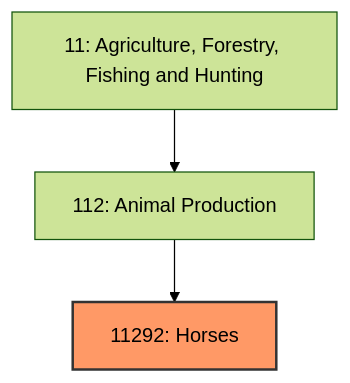
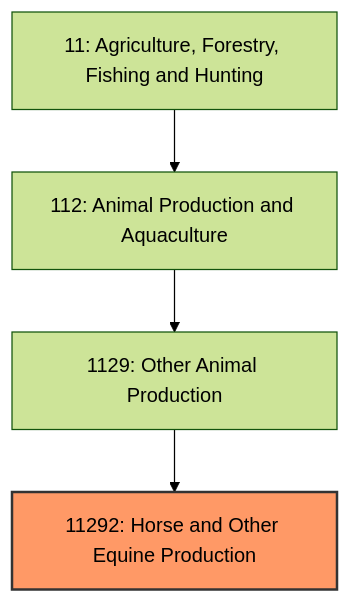
The first of 3 diagrams in industries/Agriculture/AnimalProduction/Horses.mdx (kziemski/business.org.ai), drawn with Mermaid (forest theme) before and after one commit. The commit also changed other lines of this file and 67 other files, not shown here.

````diff
--- a/industries/Agriculture/AnimalProduction/Horses.mdx
+++ b/industries/Agriculture/AnimalProduction/Horses.mdx
@@ -20,7 +34,8 @@
 ```mermaid
 graph TD
     S11["11: Agriculture, Forestry, Fishing and Hunting"]
-    S11 --> N112["112: Animal Production"]
-    N112 --> N11292["11292: Horses"]
+    S11 --> N112["112: Animal Production and Aquaculture"]
+    N112 --> N1129["1129: Other Animal Production"]
+    N1129 --> N11292["11292: Horse and Other Equine Production"]
     style N11292 fill:#f96,stroke:#333,stroke-width:2px
 ```
````
